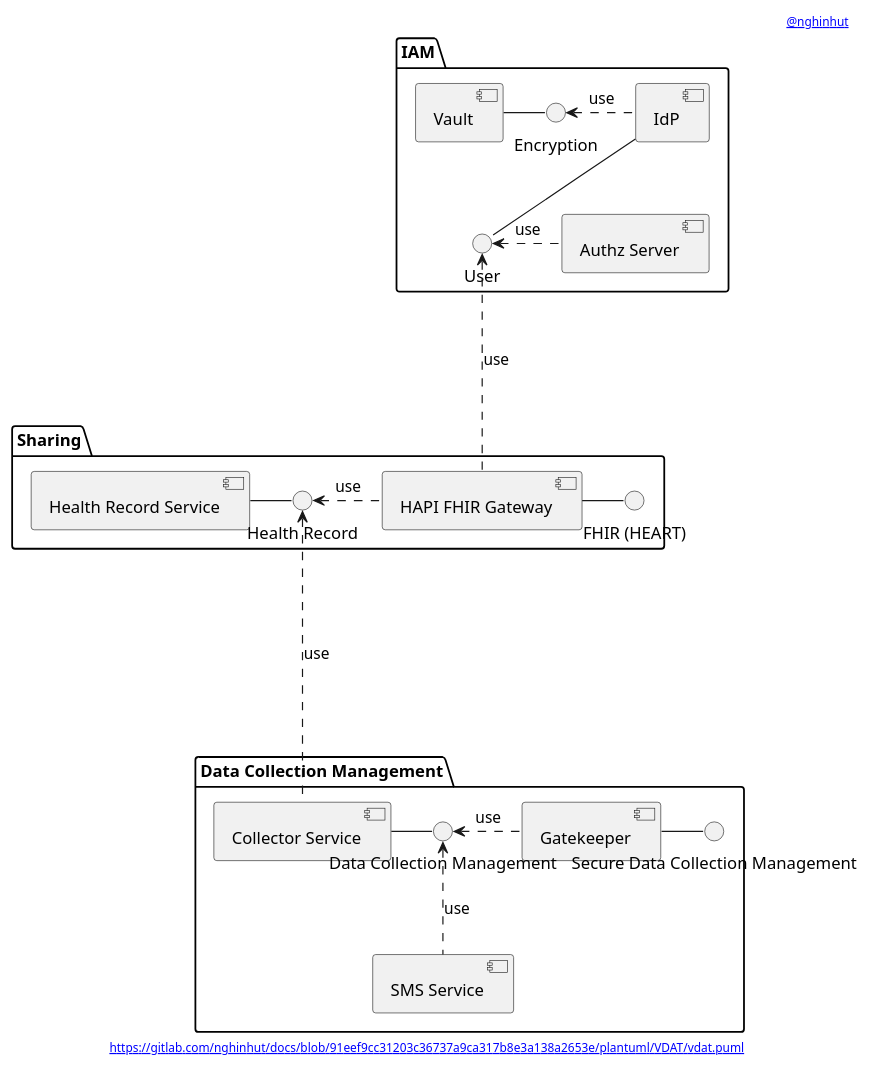
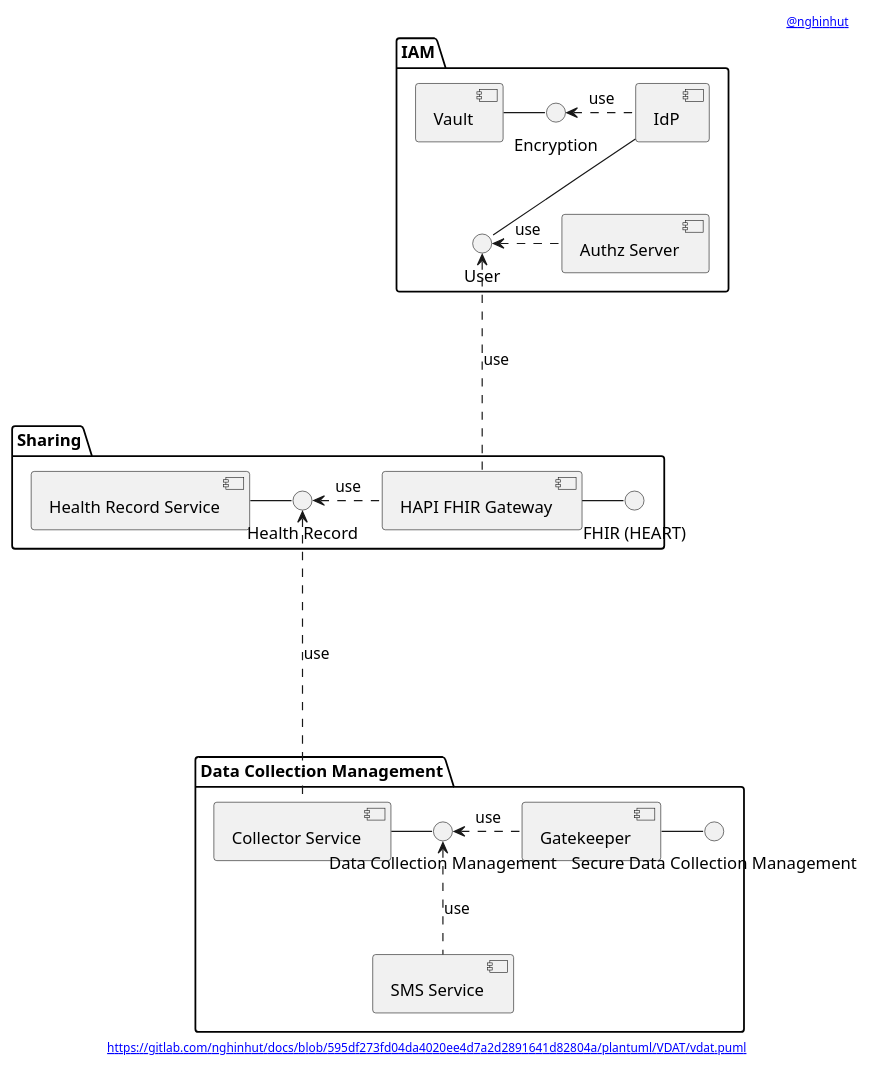
One commit to nghinhut/docs changed the diagram in plantuml/VDAT/vdat.component.puml. Above: the diagram before and after it, drawn with PlantUML. The commit also changed 24 other files, not shown here.

Commit message:
docs(plantuml): update headers

```diff
--- a/plantuml/VDAT/vdat.component.puml
+++ b/plantuml/VDAT/vdat.component.puml
@@ -1,59 +1,59 @@
 @startuml
 '-----START auto generated metadata please keep comment here to allow auto update-----
 '-----DON'T EDIT THIS SECTION, INSTEAD RE-RUN prebuild.sh TO UPDATE-----
-header [[https://www.nghinhut.dev?from=http%5C%3A%5C%2F%5C%2Fwww%5C.plantuml%5C.com%5C%2Fplantuml%5C%2Fproxy%3Ffmt%3Dsvg%5C%26src%3Dhttps%5C%3A%5C%2F%5C%2Fgitlab%5C.com%5C%2Fnghinhut%5C%2Fdocs%5C%2Fraw%5C%2F91eef9cc31203c36737a9ca317b8e3a138a2653e%5C%2Fplantuml%5C%2FVDAT%5C%2Fvdat%5C.puml%0A @nghinhut]]
-footer [[http://www.plantuml.com/plantuml/proxy?fmt=svg&src=https://gitlab.com/nghinhut/docs/raw/91eef9cc31203c36737a9ca317b8e3a138a2653e/plantuml/VDAT/vdat.puml https://gitlab.com/nghinhut/docs/blob/91eef9cc31203c36737a9ca317b8e3a138a2653e/plantuml/VDAT/vdat.puml]]
+header [[https://www.nghinhut.dev?from=http%5C%3A%5C%2F%5C%2Fwww%5C.plantuml%5C.com%5C%2Fplantuml%5C%2Fproxy%3Ffmt%3Dsvg%5C%26src%3Dhttps%5C%3A%5C%2F%5C%2Fgitlab%5C.com%5C%2Fnghinhut%5C%2Fdocs%5C%2Fraw%5C%2F595df273fd04da4020ee4d7a2d2891641d82804a%5C%2Fplantuml%5C%2FVDAT%5C%2Fvdat%5C.puml%0A @nghinhut]]
+footer [[http://www.plantuml.com/plantuml/proxy?fmt=svg&src=https://gitlab.com/nghinhut/docs/raw/595df273fd04da4020ee4d7a2d2891641d82804a/plantuml/VDAT/vdat.puml https://gitlab.com/nghinhut/docs/blob/595df273fd04da4020ee4d7a2d2891641d82804a/plantuml/VDAT/vdat.puml]]
 '-----END auto generated metadata please keep comment here to allow auto update-----
 
 package "IAM" {
     component "Authz Server" as as
     component Vault as vault
     component IdP as idp
 
 '    interface "OAuth2 Authentication" as IOAuth2Authentication
 '    interface "UMA2 Authorization" as IUMA2Authorization
 '    as -- IOAuth2Authentication
 '    as -- IUMA2Authorization
     interface "Encryption" as IEncrypt
     interface "User" as IUser
 }
 
 package "Sharing" {
     component "Health Record Service" as record
     interface "Health Record" as IHealthRecord
     component "HAPI FHIR Gateway" as fhir
     interface "FHIR (HEART)" as IFHIR
 }
 
 package "Data Collection Management" {
     component "Collector Service" as collector
     component "SMS Service" as sms
     component "Gatekeeper" as collector_gatekeeper
     interface "Data Collection Management" as IDataCollectionManagement
     interface "Secure Data Collection Management" as ISecureDataCollectionManagement
 }
 
 
 
 
 
 
 vault - IEncrypt
 IEncrypt <. idp : use
 idp -- IUser
 IUser <. as : use
 IUser <... fhir : use
 
 
 record - IHealthRecord
 IHealthRecord <. fhir : use
 fhir - IFHIR
 IHealthRecord <.... collector : use
 
 
 collector - IDataCollectionManagement
 IDataCollectionManagement <. collector_gatekeeper : use
 collector_gatekeeper - ISecureDataCollectionManagement
 
 IDataCollectionManagement <.. sms : use
 @enduml
```
